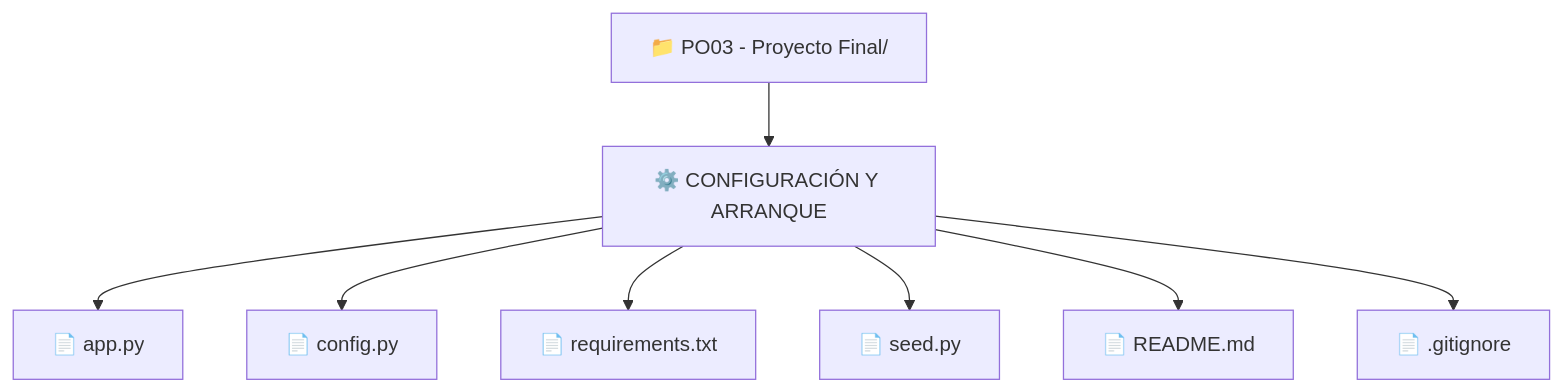
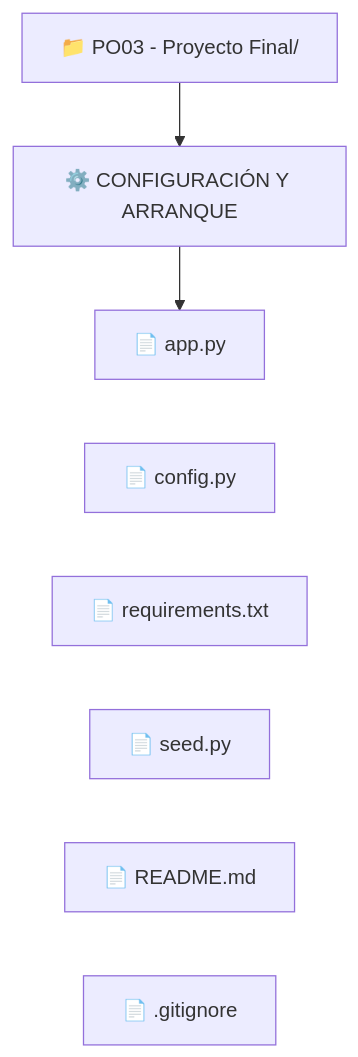
The diagram in prueba.md (M-E-Romero/TP), drawn with Mermaid before and after one commit.

````diff
--- a/prueba.md
+++ b/prueba.md
@@ -1,21 +1,24 @@
 ```mermaid
 graph TD
-    %% Bloque Generado de Carpetas y Archivos en Cascada
-    N0["📁 PO03 - Proyecto Final/"]
-    N1["⚙️ CONFIGURACIÓN Y ARRANQUE"]
-    N2["📄 app.py"]
-    N3["📄 config.py"]
-    N4["📄 requirements.txt"]
-    N5["📄 seed.py"]
-    N6["📄 README.md"]
-    N7["📄 .gitignore"]
+    %% Definición de los elementos con sus iconos
+    R["📁 PO03 - Proyecto Final/"]
+    C1["⚙️ CONFIGURACIÓN Y ARRANQUE"]
+    F1["📄 app.py"]
+    F2["📄 config.py"]
+    F3["📄 requirements.txt"]
+    F4["📄 seed.py"]
+    F5["📄 README.md"]
+    F6["📄 .gitignore"]
 
-    %% Conexiones automáticas
-    N0 --> N1
-    N1 --> N2
-    N1 --> N3
-    N1 --> N4
-    N1 --> N5
-    N1 --> N6
-    N1 --> N7
+    %% Estructura de caídas directas alineadas a la izquierda
+    R --> C1
+    C1 --> F1
+    F1 --- F2
+    F2 --- F3
+    F3 --- F4
+    F4 --- F5
+    F5 --- F6
+
+    %% Estilos invisibles para forzar que caigan en lista vertical pura
+    linkStyle 2,3,4,5,6 stroke:transparent,stroke-width:0px;
 ```
````
